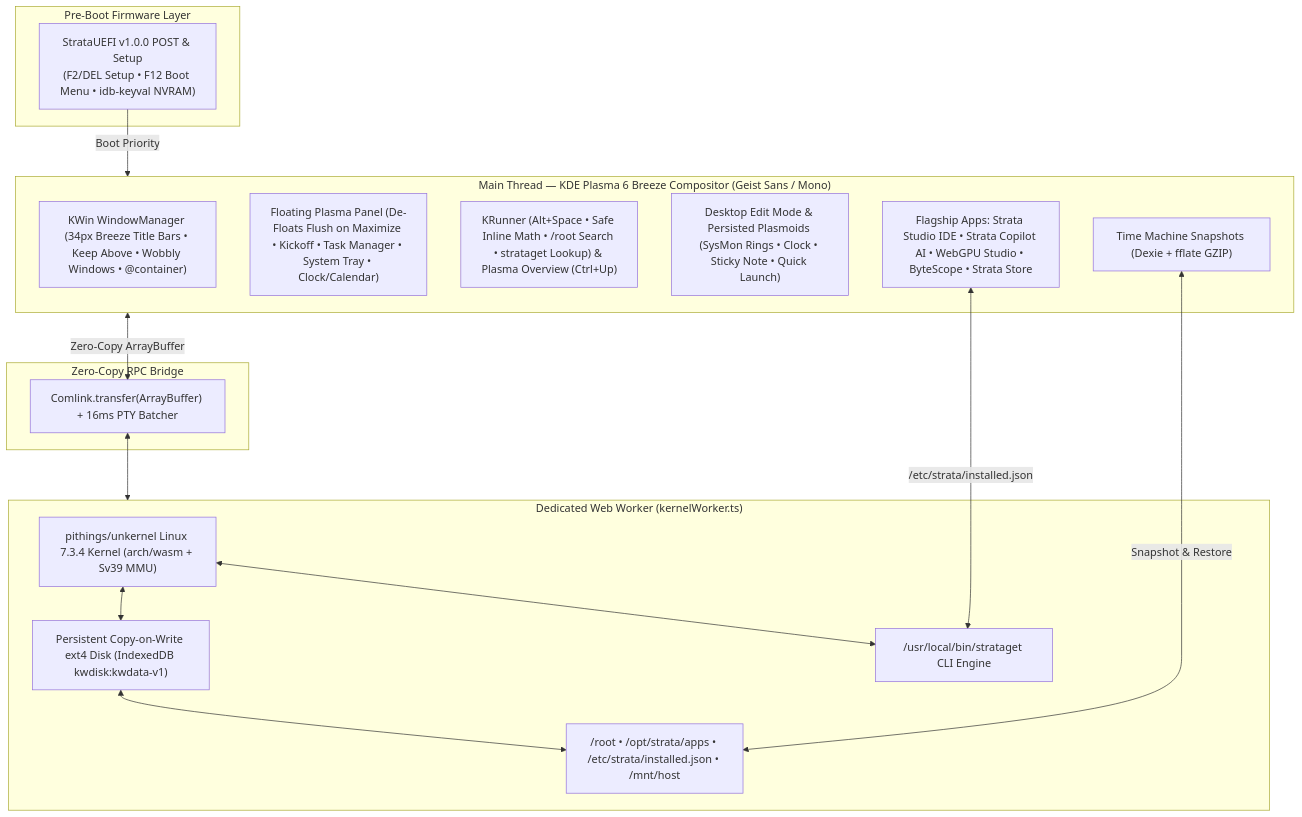
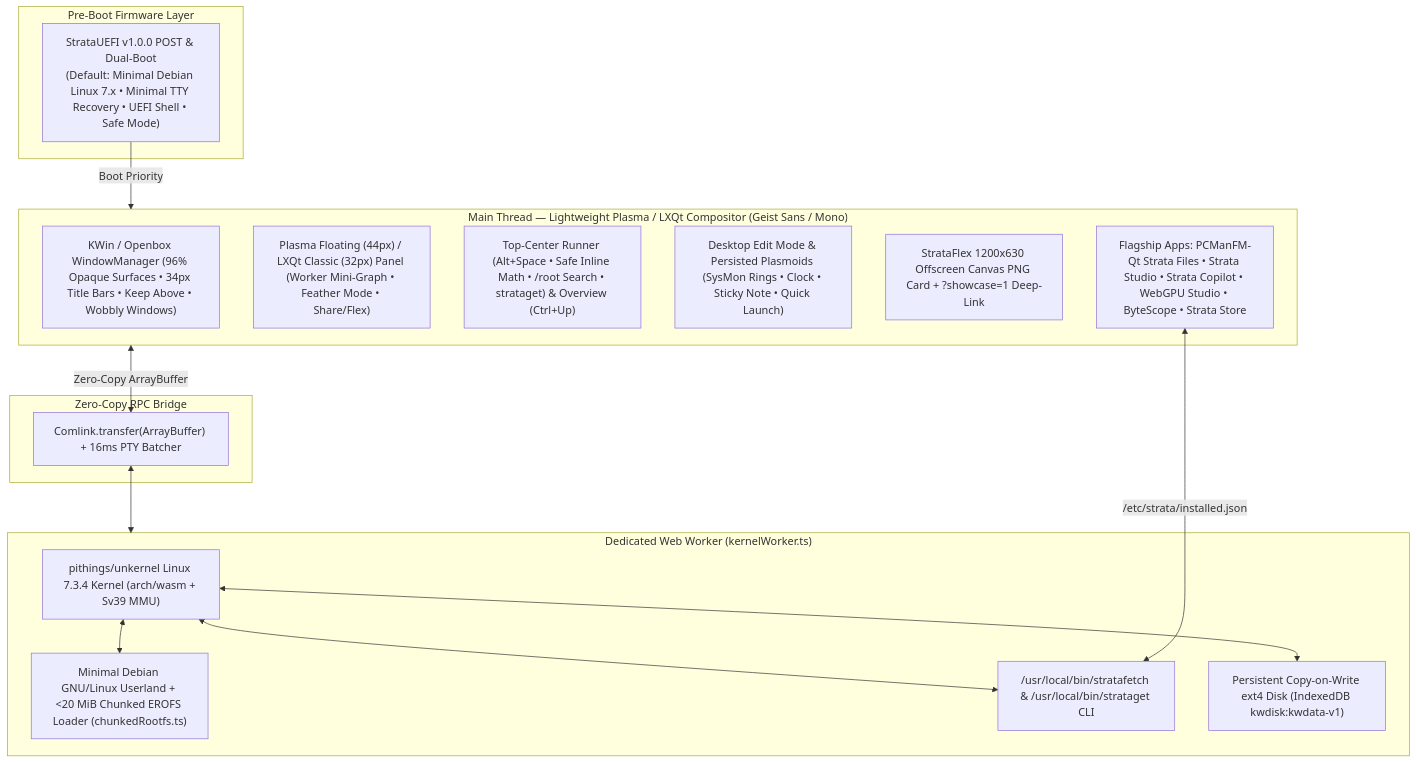
The diagram in README.md (Maor-404/StrataOS), drawn with Mermaid before and after one commit. The commit also changed other lines of this file and 22 other files, not shown here.

Commit message:
feat(debian,lxqt,flex,cf): Minimal Debian guest + stratafetch, Plasma/LXQt themes & Feather Mode, StrataFlex PNG card, ?showcase=1 & Cloudflare CI/uptime

````diff
--- a/README.md
+++ b/README.md
@@ -36,35 +34,34 @@
 ```mermaid
 flowchart TD
     subgraph Firmware["Pre-Boot Firmware Layer"]
-        UEFI["StrataUEFI v1.0.0 POST & Setup<br/>(F2/DEL Setup • F12 Boot Menu • idb-keyval NVRAM)"]
+        UEFI["StrataUEFI v1.0.0 POST & Dual-Boot<br/>(Default: Minimal Debian Linux 7.x • Minimal TTY Recovery • UEFI Shell • Safe Mode)"]
     end
 
-    subgraph MainThread["Main Thread — KDE Plasma 6 Breeze Compositor (Geist Sans / Mono)"]
-        WM["KWin WindowManager (34px Breeze Title Bars • Keep Above • Wobbly Windows • @container)"]
-        Panel["Floating Plasma Panel (De-Floats Flush on Maximize • Kickoff • Task Manager • System Tray • Clock/Calendar)"]
-        KRunner["KRunner (Alt+Space • Safe Inline Math • /root Search • strataget Lookup) & Plasma Overview (Ctrl+Up)"]
+    subgraph MainThread["Main Thread — Lightweight Plasma / LXQt Compositor (Geist Sans / Mono)"]
+        WM["KWin / Openbox WindowManager (96% Opaque Surfaces • 34px Title Bars • Keep Above • Wobbly Windows)"]
+        Panel["Plasma Floating (44px) / LXQt Classic (32px) Panel (Worker Mini-Graph • Feather Mode • Share/Flex)"]
+        KRunner["Top-Center Runner (Alt+Space • Safe Inline Math • /root Search • strataget) & Overview (Ctrl+Up)"]
         Plasmoids["Desktop Edit Mode & Persisted Plasmoids (SysMon Rings • Clock • Sticky Note • Quick Launch)"]
-        Apps["Flagship Apps: Strata Studio IDE • Strata Copilot AI • WebGPU Studio • ByteScope • Strata Store"]
-        TM["Time Machine Snapshots (Dexie + fflate GZIP)"]
+        Flex["StrataFlex 1200x630 Offscreen Canvas PNG Card + ?showcase=1 Deep-Link"]
+        Apps["Flagship Apps: PCManFM-Qt Strata Files • Strata Studio • Strata Copilot • WebGPU Studio • ByteScope • Strata Store"]
     end
 
     subgraph Bridge["Zero-Copy RPC Bridge"]
         Comlink["Comlink.transfer(ArrayBuffer) + 16ms PTY Batcher"]
     end
 
     subgraph WorkerThread["Dedicated Web Worker (kernelWorker.ts)"]
         Unkernel["pithings/unkernel Linux 7.3.4 Kernel (arch/wasm + Sv39 MMU)"]
-        Strataget["/usr/local/bin/strataget CLI Engine"]
+        Rootfs["Minimal Debian GNU/Linux Userland + <20 MiB Chunked EROFS Loader (chunkedRootfs.ts)"]
+        Strataget["/usr/local/bin/stratafetch & /usr/local/bin/strataget CLI"]
         Ext4["Persistent Copy-on-Write ext4 Disk (IndexedDB kwdisk:kwdata-v1)"]
-        VFS["/root • /opt/strata/apps • /etc/strata/installed.json • /mnt/host"]
     end
 
     UEFI -->|"Boot Priority"| MainThread
     MainThread <-->|"Zero-Copy ArrayBuffer"| Comlink
     Comlink <--> WorkerThread
+    Unkernel <--> Rootfs
     Unkernel <--> Strataget
     Unkernel <--> Ext4
-    Ext4 <--> VFS
     Apps <-->|"/etc/strata/installed.json"| Strataget
-    TM <-->|"Snapshot & Restore"| VFS
 ```
````
